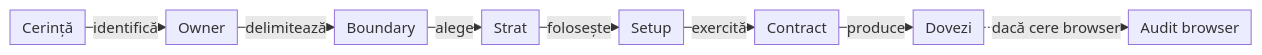
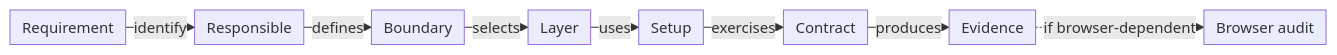
The first of 2 diagrams in docs/ATF_Testing_Guide.md (crististefanita/atf_j0), drawn with Mermaid before and after one commit. The commit also changed other lines of this file and 113 other files, not shown here.

````diff
--- a/docs/ATF_Testing_Guide.md
+++ b/docs/ATF_Testing_Guide.md
@@ -22,11 +19,11 @@
 ```mermaid
 %%{init: {"themeVariables":{"fontSize":"15px"},"themeCSS":".nodeLabel, .nodeLabel p { font-size: 15px !important; line-height: 1.35 !important; } .edgeLabel, .edgeLabel p { font-size: 12px !important; font-weight: 400 !important; line-height: 1.2 !important; } .edgeLabel .labelBkg, .edgeLabel p { background: transparent !important; } .edgeLabel foreignObject { transform: translateY(-18px); overflow: visible; } .node rect { rx: 6px; ry: 6px; }","flowchart":{"curve":"linear","nodeSpacing":24,"rankSpacing":16,"padding":6,"diagramPadding":20}}}%%
 flowchart LR
-    Requirement["Cerință"] -->|identifică| Owner["Owner"]
-    Owner -->|delimitează| Boundary["Boundary"]
-    Boundary -->|alege| Layer["Strat"]
-    Layer -->|folosește| Setup["Setup"]
-    Setup -->|exercită| Contract["Contract"]
-    Contract -->|produce| Evidence["Dovezi"]
-    Evidence -. dacă cere browser .-> Browser["Audit browser"]
+    Requirement["Requirement"] -->|identify| Owner["Responsible"]
+    Owner -->|defines| Boundary["Boundary"]
+    Boundary -->|selects| Layer["Layer"]
+    Layer -->|uses| Setup["Setup"]
+    Setup -->|exercises| Contract["Contract"]
+    Contract -->|produces| Evidence["Evidence"]
+    Evidence -. if browser-dependent .-> Browser["Browser audit"]
 ```
````
